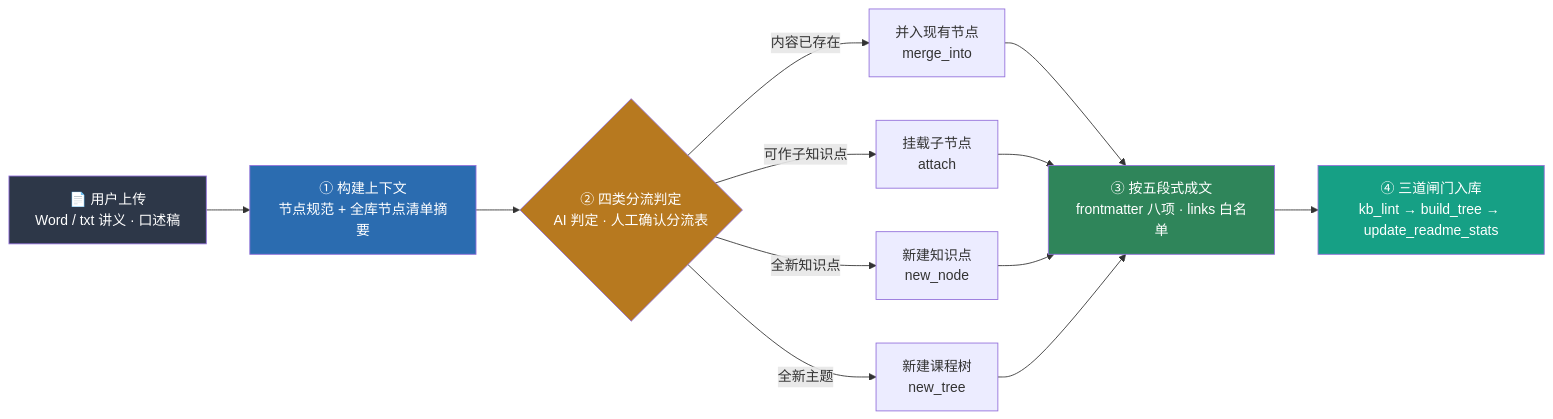
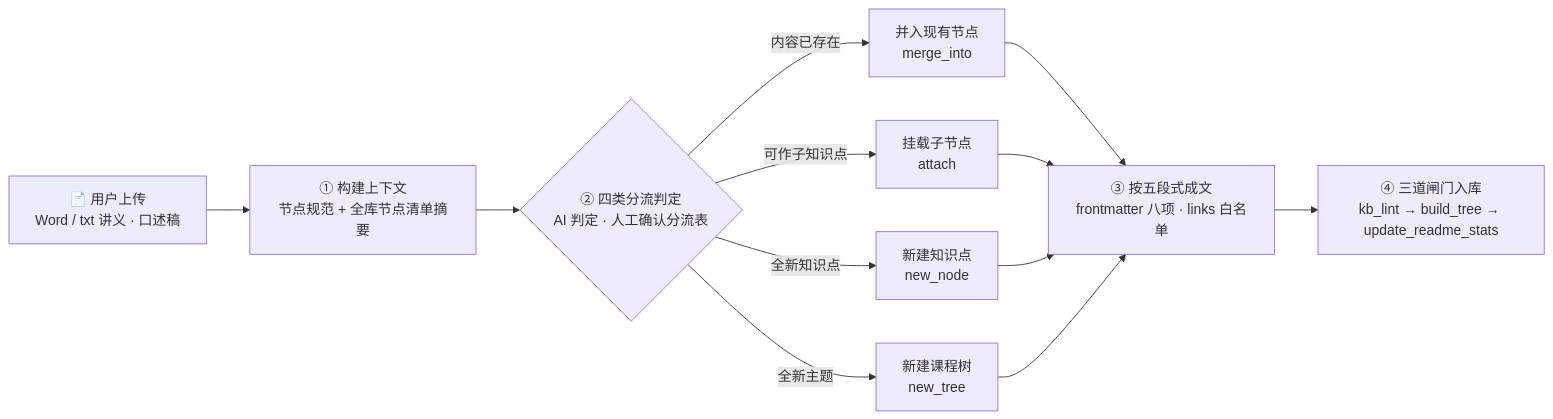
Before and after one commit to Baixiaodou/comm-knowledge-graph: diagram 12 of 12 in README.md, drawn with Mermaid. The commit also changed other lines of this file, not shown here.

Commit message:
docs: 重组 README 结构（目录置顶、快速开始前移、重复章节合并、大图收进折叠块）

````diff
--- a/README.md
+++ b/README.md
@@ -707,20 +615,14 @@
 ```mermaid
 flowchart LR
     U["📄 用户上传<br/>Word / txt 讲义 · 口述稿"] --> S["① 构建上下文<br/>节点规范 + 全库节点清单摘要"]
     S --> C{"② 四类分流判定<br/>AI 判定 · 人工确认分流表"}
     C -->|内容已存在| M["并入现有节点<br/>merge_into"]
     C -->|可作子知识点| A["挂载子节点<br/>attach"]
     C -->|全新知识点| N["新建知识点<br/>new_node"]
     C -->|全新主题| T["新建课程树<br/>new_tree"]
     M --> W["③ 按五段式成文<br/>frontmatter 八项 · links 白名单"]
     A --> W
     N --> W
     T --> W
     W --> G["④ 三道闸门入库<br/>kb_lint → build_tree → update_readme_stats"]
-
-    style U fill:#2d3748,color:#fff
-    style S fill:#2b6cb0,color:#fff
-    style C fill:#b7791f,color:#fff
-    style W fill:#2f855a,color:#fff
-    style G fill:#16a085,color:#fff
 ```
````
